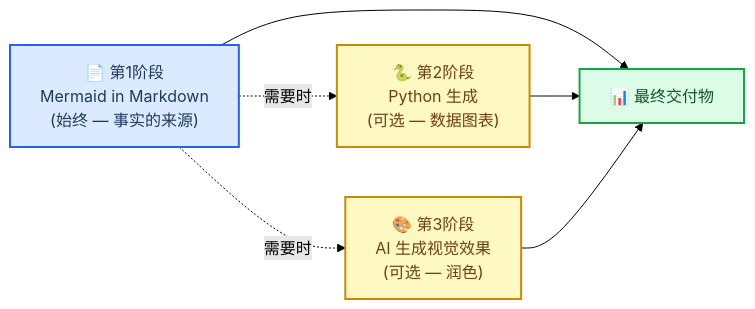
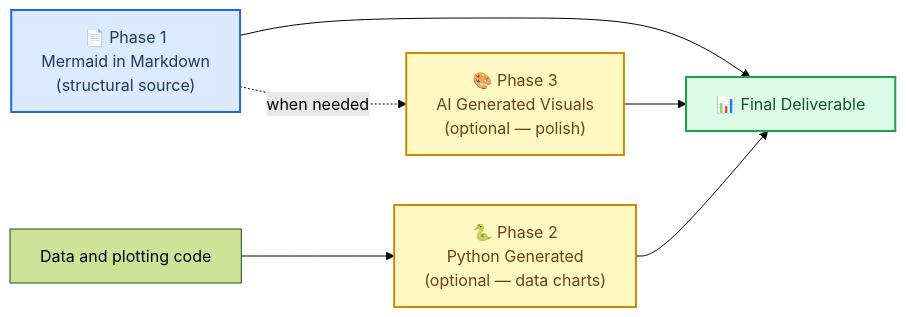
The first of 2 diagrams in claude-scientific-skills/skills/markdown-mermaid-writing/SKILL_CN.md (lingxling/awesome-skills-cn), drawn with Mermaid (forest theme) before and after one commit. The commit also changed other lines of this file and 24476 other files, not shown here.

````diff
--- a/claude-scientific-skills/skills/markdown-mermaid-writing/SKILL_CN.md
+++ b/claude-scientific-skills/skills/markdown-mermaid-writing/SKILL_CN.md
@@ -56,24 +61,24 @@
 ```mermaid
 flowchart LR
-    accTitle: 三阶段文档工作流
-    accDescr: 第1阶段 Mermaid in markdown 始终是必需的，是事实的来源。第2阶段和第3阶段是可选的下游转换，用于精美的输出。
+    accTitle: Three-Phase Documentation Workflow
+    accDescr: Markdown holds the structural diagram source. Quantitative charts come from data and plotting code; optional illustrations require a separate factual review.
 
-    p1["📄 第1阶段<br/>Mermaid in Markdown<br/>(始终 — 事实的来源)"]
-    p2["🐍 第2阶段<br/>Python 生成<br/>(可选 — 数据图表)"]
-    p3["🎨 第3阶段<br/>AI 生成视觉效果<br/>(可选 — 润色)"]
-    out["📊 最终交付物"]
+    p1["📄 Phase 1<br/>Mermaid in Markdown<br/>(structural source)"]
+    p2["🐍 Phase 2<br/>Python Generated<br/>(optional — data charts)"]
+    p3["🎨 Phase 3<br/>AI Generated Visuals<br/>(optional — polish)"]
+    out["📊 Final Deliverable"]
 
     p1 --> out
-    p1 -.->|"需要时"| p2
-    p1 -.->|"需要时"| p3
+    data["Data and plotting code"] --> p2
+    p1 -.->|"when needed"| p3
     p2 --> out
     p3 --> out
 
     classDef required fill:#dbeafe,stroke:#2563eb,stroke-width:2px,color:#1e3a5f
     classDef optional fill:#fef9c3,stroke:#ca8a04,stroke-width:2px,color:#713f12
     classDef output fill:#dcfce7,stroke:#16a34a,stroke-width:2px,color:#14532d
 
     class p1 required
     class p2,p3 optional
     class out output
 ```
````
